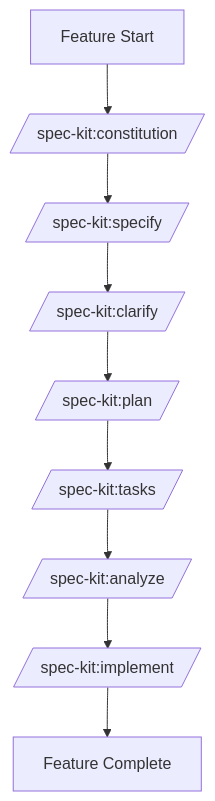
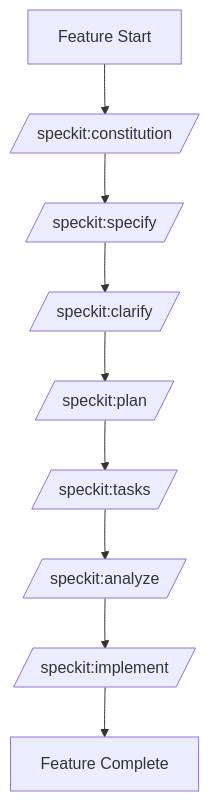
Before and after one commit to thomasholknielsen/claude-code-config: diagram 26 of 31 in docs/developer/developer-workflows.md, drawn with Mermaid. The commit also changed other lines of this file and 198 other files, not shown here.

````diff
--- a/docs/developer/developer-workflows.md
+++ b/docs/developer/developer-workflows.md
@@ -1268,11 +1268,11 @@
 ```mermaid
 graph TD
-    A[Feature Start] --> B[/spec-kit:constitution/]
-    B --> C[/spec-kit:specify/]
-    C --> D[/spec-kit:clarify/]
-    D --> E[/spec-kit:plan/]
-    E --> F[/spec-kit:tasks/]
-    F --> G[/spec-kit:analyze/]
-    G --> H[/spec-kit:implement/]
+    A[Feature Start] --> B[/speckit:constitution/]
+    B --> C[/speckit:specify/]
+    C --> D[/speckit:clarify/]
+    D --> E[/speckit:plan/]
+    E --> F[/speckit:tasks/]
+    F --> G[/speckit:analyze/]
+    G --> H[/speckit:implement/]
     H --> I[Feature Complete]
 ```
````
